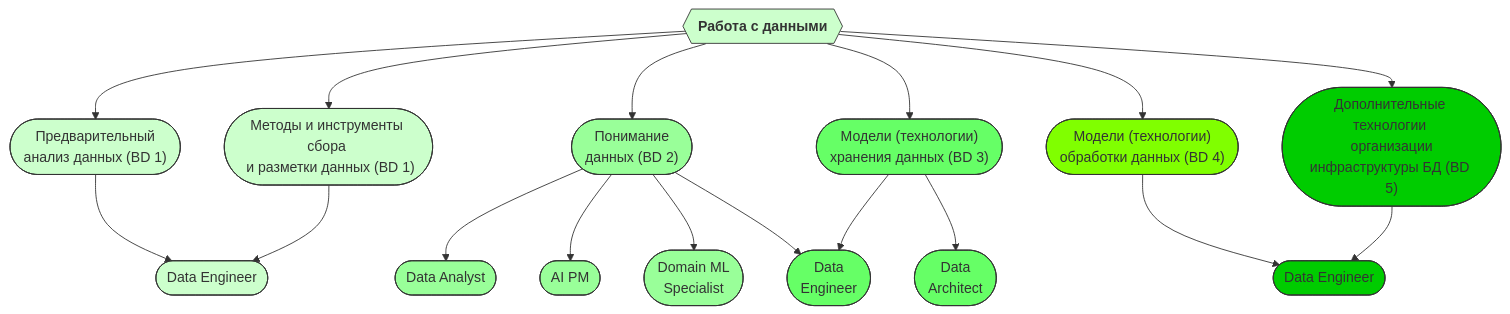
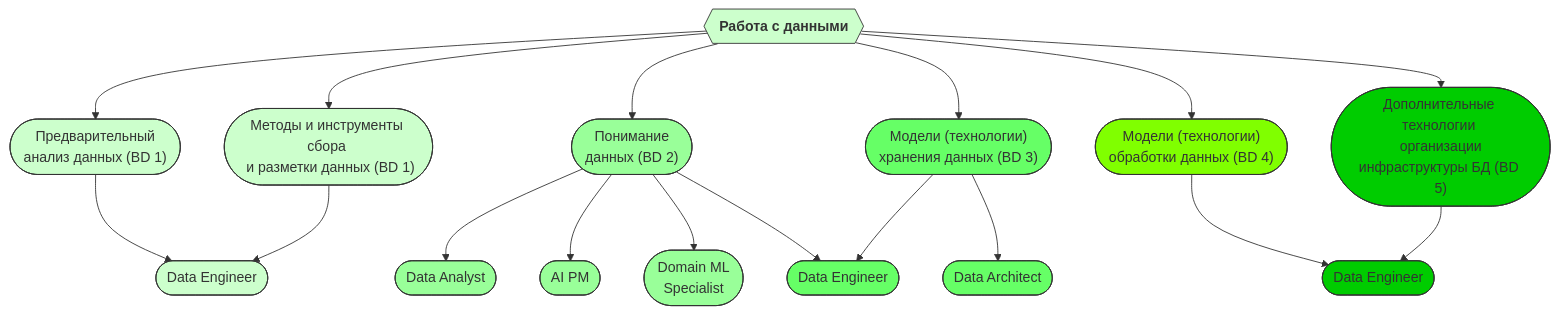
Before and after one commit to aimclub/ai-competency-model: the second of 3 diagrams in README.md, drawn with Mermaid.

````diff
--- a/README.md
+++ b/README.md
@@ -34,46 +34,46 @@
 ```mermaid
 graph TD;
 classDef BD1Style fill:#CCFFCC,stroke:#333,stroke-width:1px
 classDef BD2Style fill:#99FF99,stroke:#333,stroke-width:1px
 classDef BD3Style fill:#66FF66,stroke:#333,stroke-width:1px
 classDef BD4Style fill:#80FF00,stroke:#333,stroke-width:1px
 classDef BD5Style fill:#00CC00,stroke:#333,stroke-width:1px
 
 areaBD{{"`**Работа с данными**`"}}:::BD1Style -->aspectPreDataAnalysis(["Предварительный <br> анализ данных (BD 1)"]):::BD1Style
 areaBD -->aspectDataMarkCollection(["Методы и инструменты сбора <br> и разметки данных (BD 1)"]):::BD1Style
 areaBD -->aspectDataUnderstanding(["Понимание <br> данных (BD 2)"]):::BD2Style
 areaBD -->aspectDataStoraging(["Модели (технологии) <br> хранения данных (BD 3)"]):::BD3Style
 areaBD -->aspectDataProcessing(["Модели (технологии) <br> обработки данных (BD 4)"]):::BD4Style
 areaBD -->aspectBDInfrastructure(["Дополнительные технологии <br> организации инфраструктуры БД (BD 5)"]):::BD5Style
 
 aspectPreDataAnalysis -->jobDataEngineer(["Data Engineer"]):::BD1Style
 aspectDataMarkCollection -->jobDataEngineer
 
 aspectDataUnderstanding -->jobDataAnalyst(["Data Analyst"]):::BD2Style
 aspectDataUnderstanding -->jobAIPM(["AI PM"]):::BD2Style
 aspectDataUnderstanding -->jobDomainMLSpecialist(["Domain ML <br> Specialist"]):::BD2Style
 
 aspectDataUnderstanding -->jobDataEngineer3(["Data <br> Engineer"]):::BD3Style
-aspectDataStoraging -->jobDataArchitect(["Data <br> Architect"]):::BD3Style
-aspectDataStoraging -->jobDataEngineer3(["Data <br> Engineer"]):::BD3Style
+aspectDataStoraging -->jobDataArchitect(["Data Architect"]):::BD3Style
+aspectDataStoraging -->jobDataEngineer3(["Data Engineer"]):::BD3Style
 
 aspectDataProcessing -->jobDataEngineer4(["Data Engineer"]):::BD5Style
 aspectBDInfrastructure -->jobDataEngineer4
 
 click aspectPreDataAnalysis "https://github.com/VoidSubjucator/Competence-Bank/blob/main/Math/BD/aspectPreDataAnalysis.md"
 click aspectDataMarkCollection "https://github.com/VoidSubjucator/Competence-Bank/blob/main/Math/BD/aspectDataMarkCollection.md"
 click aspectDataUnderstanding "https://github.com/VoidSubjucator/Competence-Bank/blob/main/Math/BD/aspectDataUnderstanding.md"
 click aspectDataStoraging "https://github.com/VoidSubjucator/Competence-Bank/blob/main/Math/BD/aspectDataStoraging.md"
 click aspectDataProcessing "https://github.com/VoidSubjucator/Competence-Bank/blob/main/Math/BD/aspectDataProcessing.md"
 click aspectBDInfrastructure "https://github.com/VoidSubjucator/Competence-Bank/blob/main/Math/BD/aspectBDInfrastructure.md"
 
 click jobDataEngineer "https://github.com/VoidSubjucator/Competence-Bank/blob/main/Jobs/jobDataEngineer.md"
 click jobDataEngineer3 "https://github.com/VoidSubjucator/Competence-Bank/blob/main/Jobs/jobDataEngineer.md"
 click jobDataEngineer4 "https://github.com/VoidSubjucator/Competence-Bank/blob/main/Jobs/jobDataEngineer.md"
 
 click jobDataAnalyst "https://github.com/VoidSubjucator/Competence-Bank/blob/main/Jobs/jobDataAnalyst.md"
 click jobAIPM "https://github.com/VoidSubjucator/Competence-Bank/blob/main/Jobs/jobAIPM.md"
 click jobDomainMLSpecialist "https://github.com/VoidSubjucator/Competence-Bank/blob/main/Jobs/jobDomainMLSpecialist.md"
 
 click jobDataArchitect "https://github.com/VoidSubjucator/Competence-Bank/blob/main/Jobs/jobDataArchitect.md"
 ```
````
